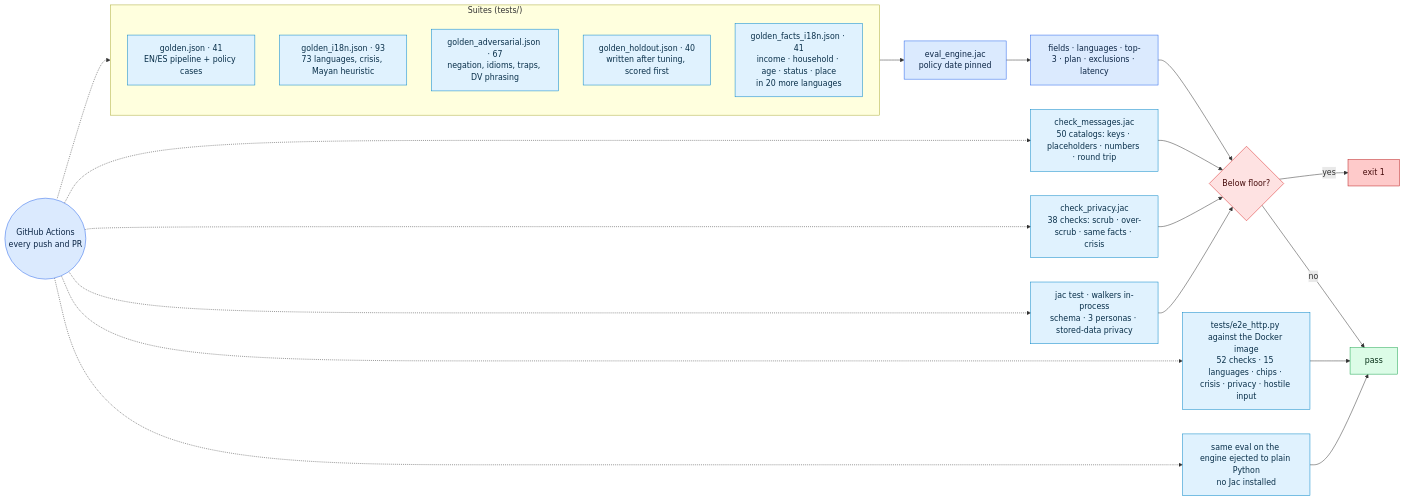
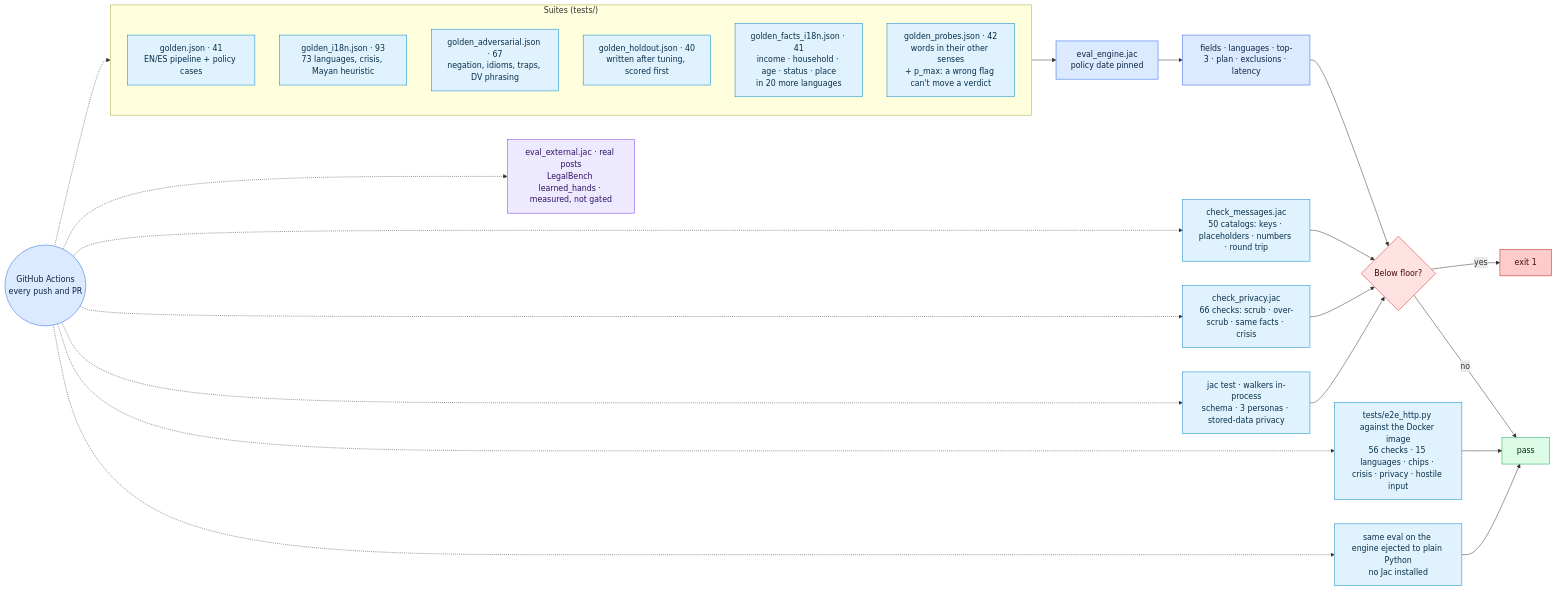
One commit to Anbu-00001/CivicMesh changed diagram 11 of 11 in README.md. Above: the diagram before and after it, drawn with Mermaid. The commit also changed other lines of this file and 24 other files, not shown here.

````diff
--- a/README.md
+++ b/README.md
@@ -533,28 +539,31 @@
 ```mermaid
 flowchart LR
     subgraph S["Suites (tests/)"]
         direction TB
         G1[golden.json · 41<br/>EN/ES pipeline + policy cases]:::t
         G2[golden_i18n.json · 93<br/>73 languages, crisis, Mayan heuristic]:::t
         G3[golden_adversarial.json · 67<br/>negation, idioms, traps, DV phrasing]:::t
         G4[golden_holdout.json · 40<br/>written after tuning, scored first]:::t
         G5[golden_facts_i18n.json · 41<br/>income · household · age · status · place<br/>in 20 more languages]:::t
+        G6[golden_probes.json · 42<br/>words in their other senses<br/>+ p_max: a wrong flag can't move a verdict]:::t
     end
     S --> EV[eval_engine.jac<br/>policy date pinned]:::det
     EV --> MX[fields · languages · top-3 · plan · exclusions · latency]:::det
     MX --> GATE{Below floor?}:::safety
     GATE -->|yes| FAIL[exit 1]:::bad
     GATE -->|no| PASS[pass]:::ok
     CM[check_messages.jac<br/>50 catalogs: keys · placeholders · numbers · round trip]:::t --> GATE
-    PV[check_privacy.jac<br/>38 checks: scrub · over-scrub · same facts · crisis]:::t --> GATE
+    PV[check_privacy.jac<br/>66 checks: scrub · over-scrub · same facts · crisis]:::t --> GATE
     WT[jac test · walkers in-process<br/>schema · 3 personas · stored-data privacy]:::t --> GATE
-    E2E[tests/e2e_http.py against the Docker image<br/>52 checks · 15 languages · chips · crisis · privacy · hostile input]:::t --> PASS
+    E2E[tests/e2e_http.py against the Docker image<br/>56 checks · 15 languages · chips · crisis · privacy · hostile input]:::t --> PASS
     PORT[same eval on the engine ejected to plain Python<br/>no Jac installed]:::t --> PASS
-    CI((GitHub Actions<br/>every push and PR)):::det -.-> S & CM & PV & WT & E2E & PORT
+    EXT[eval_external.jac · real posts<br/>LegalBench learned_hands · measured, not gated]:::ext
+    CI((GitHub Actions<br/>every push and PR)):::det -.-> S & CM & PV & WT & E2E & PORT & EXT
 
     classDef t fill:#e0f2fe,stroke:#0284c7,color:#082f49
     classDef det fill:#dbeafe,stroke:#2563eb,color:#0b2545
     classDef safety fill:#fee2e2,stroke:#dc2626,color:#450a0a
     classDef bad fill:#fecaca,stroke:#b91c1c,color:#450a0a
     classDef ok fill:#dcfce7,stroke:#16a34a,color:#052e16
+    classDef ext fill:#ede9fe,stroke:#7c3aed,color:#2e1065
 ```
````
